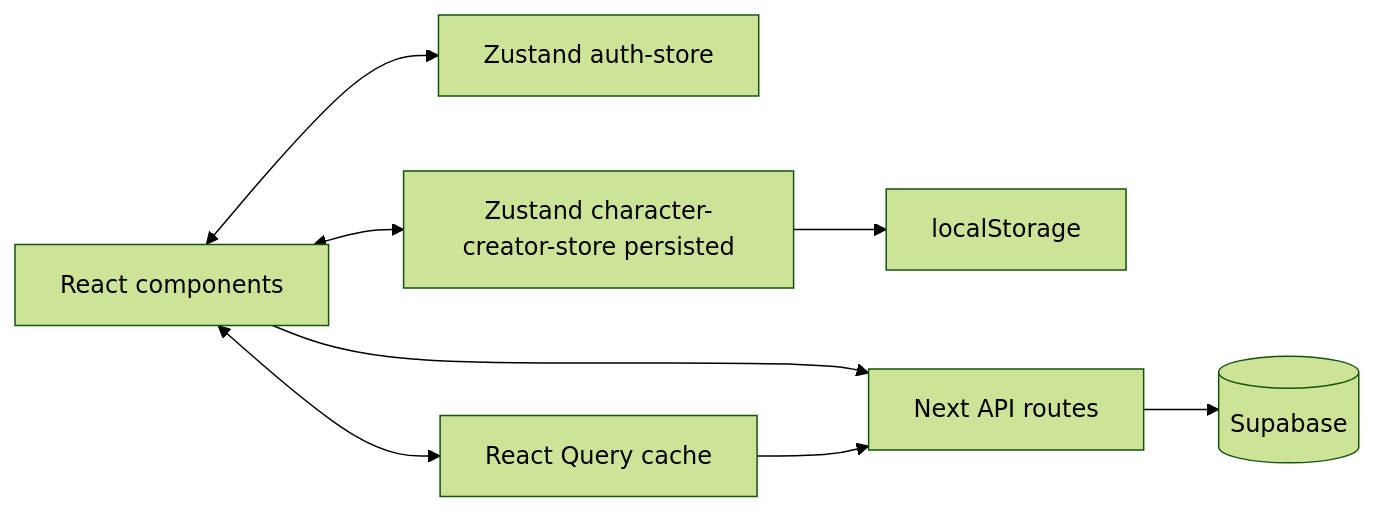
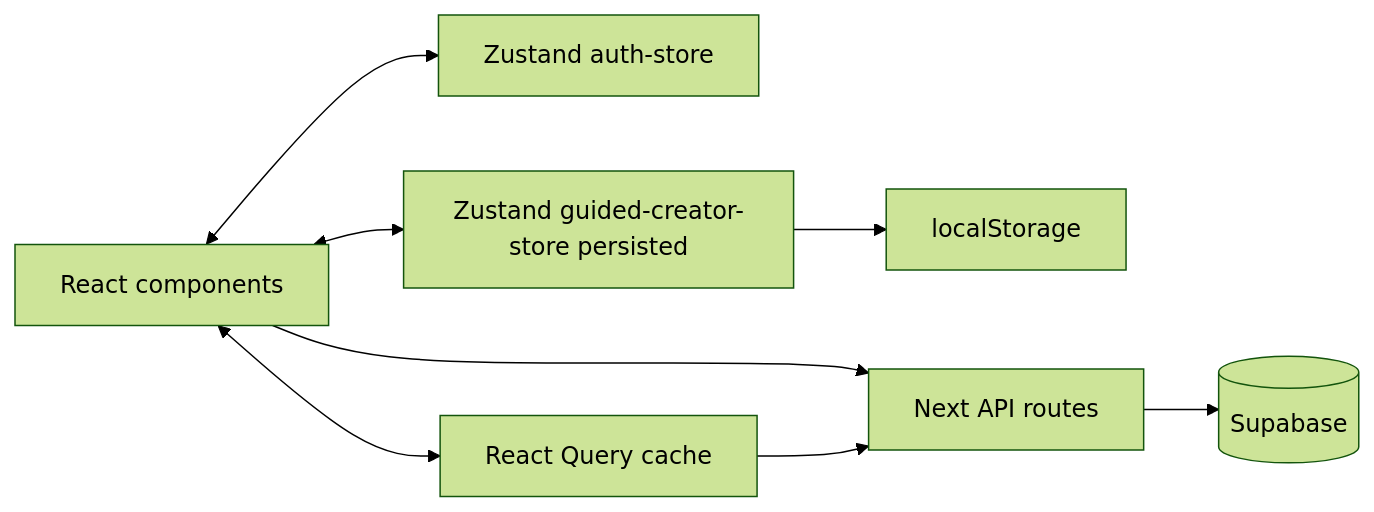
One commit to MastersoftheRealm/RealmsRPG-Test changed the third of 3 diagrams in src/docs/human/ENGINEERING_ONBOARDING.md. Above: the diagram before and after it, drawn with Mermaid (forest theme). The commit also changed other lines of this file and 6 other files, not shown here.

````diff
--- a/src/docs/human/ENGINEERING_ONBOARDING.md
+++ b/src/docs/human/ENGINEERING_ONBOARDING.md
@@ -198,18 +198,18 @@
 ```mermaid
 graph LR
   UI[React components]
   ZAuth[Zustand auth-store]
-  ZCreator[Zustand character-creator-store persisted]
+  ZCreator[Zustand guided-creator-store persisted]
   RQ[React Query cache]
   LS[localStorage]
   API[Next API routes]
   DB[(Supabase)]
 
   UI <--> ZAuth
   UI <--> ZCreator
   UI <--> RQ
   ZCreator --> LS
   UI --> API
   RQ --> API
   API --> DB
 ```
````
